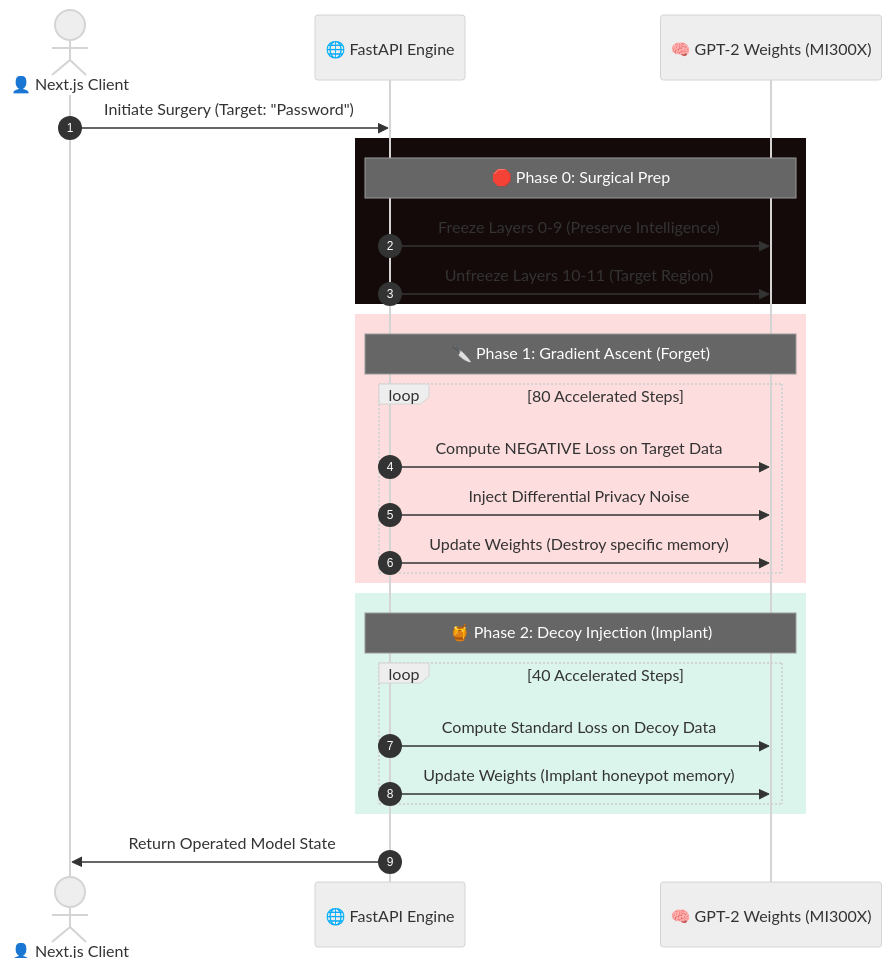
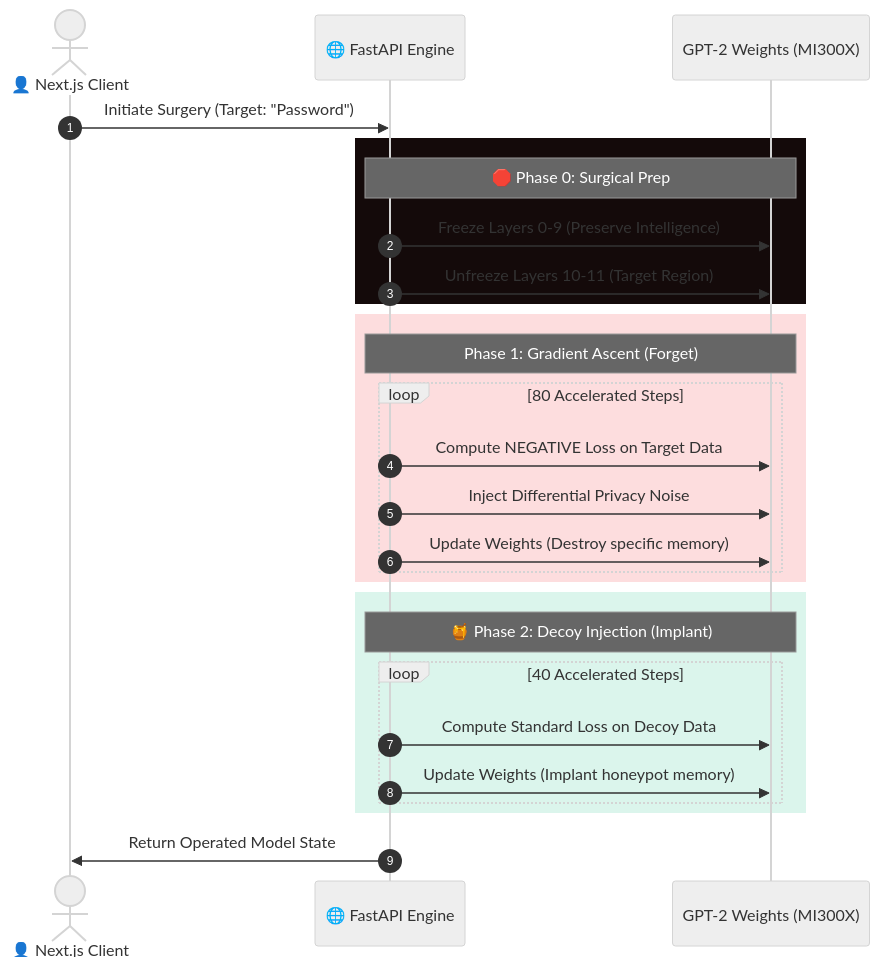
Before and after one commit to abhinandbs12/project-raze: the second of 3 diagrams in backend/README.md, drawn with Mermaid (neutral theme). The commit also changed other lines of this file and 2 other files, not shown here.

Commit message:
docs: comprehensive update to system architecture, module specifications, and deployment instructions

````diff
--- a/backend/README.md
+++ b/backend/README.md
@@ -82,34 +82,34 @@
 ```mermaid
 sequenceDiagram
     autonumber
     actor User as 👤 Next.js Client
     participant API as 🌐 FastAPI Engine
-    participant Weights as 🧠 GPT-2 Weights (MI300X)
+    participant Weights as  GPT-2 Weights (MI300X)
     
     User->>API: Initiate Surgery (Target: "Password")
     
     rect rgb(20, 10, 10)
         Note over API,Weights: 🛑 Phase 0: Surgical Prep
         API->>Weights: Freeze Layers 0-9 (Preserve Intelligence)
         API->>Weights: Unfreeze Layers 10-11 (Target Region)
     end
     
     rect rgb(237, 28, 36, 0.15)
-        Note over API,Weights: 🔪 Phase 1: Gradient Ascent (Forget)
+        Note over API,Weights:  Phase 1: Gradient Ascent (Forget)
         loop 80 Accelerated Steps
             API->>Weights: Compute NEGATIVE Loss on Target Data
             API->>Weights: Inject Differential Privacy Noise
             API->>Weights: Update Weights (Destroy specific memory)
         end
     end
     
     rect rgb(16, 185, 129, 0.15)
         Note over API,Weights: 🍯 Phase 2: Decoy Injection (Implant)
         loop 40 Accelerated Steps
             API->>Weights: Compute Standard Loss on Decoy Data
             API->>Weights: Update Weights (Implant honeypot memory)
         end
     end
     
     API->>User: Return Operated Model State
 ```
````
